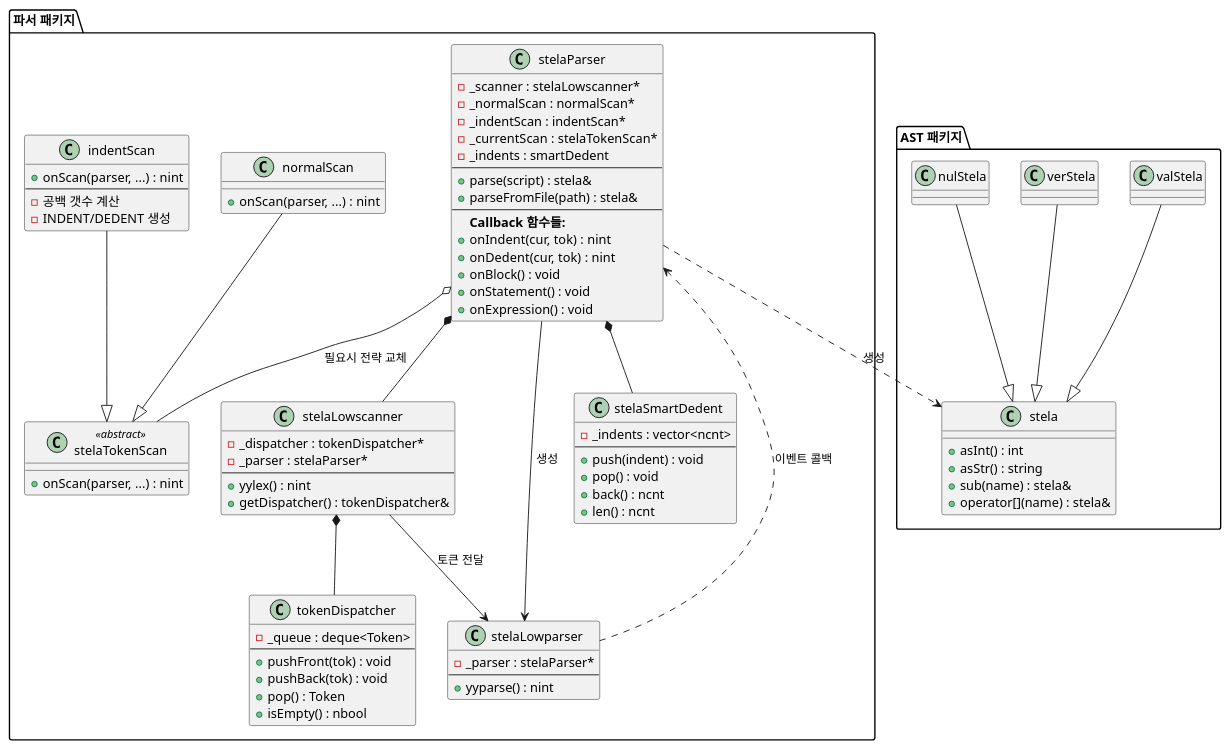
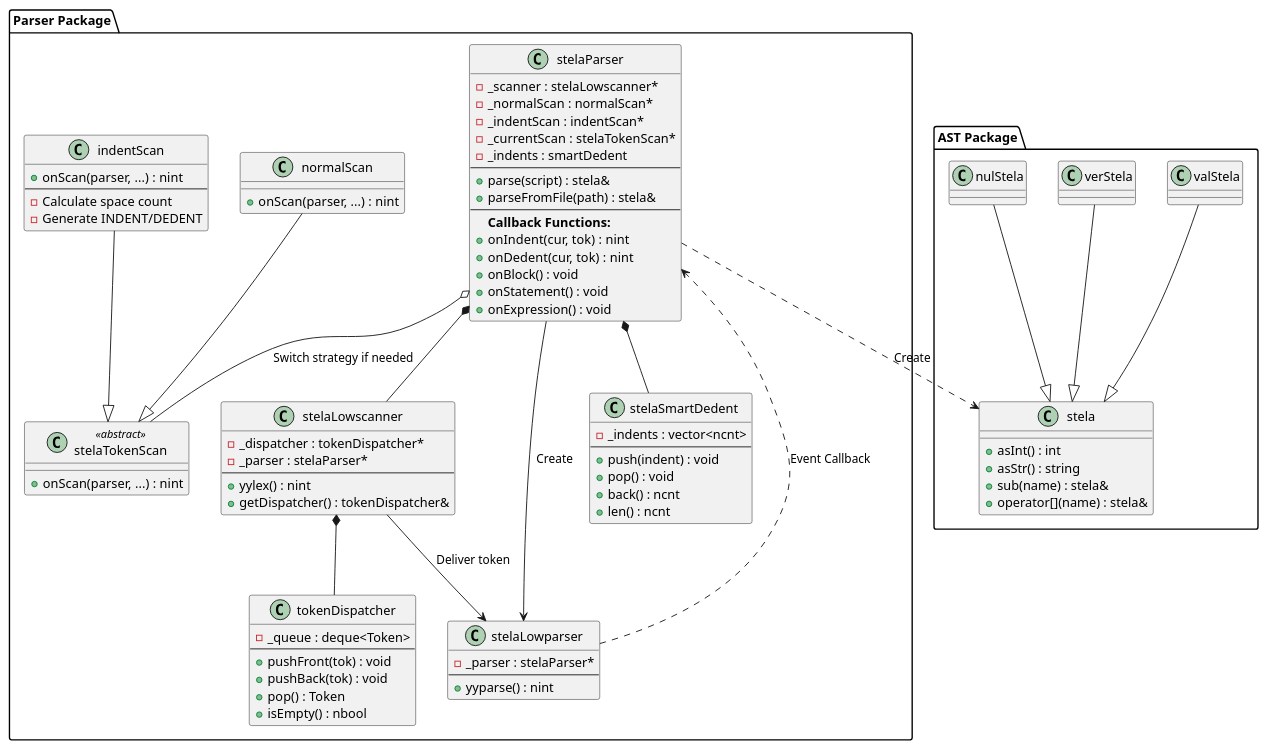
One commit to byeolang/byeol changed the first of 4 diagrams in doc/ref/ko/ah-architecture-stela.md. Above: the diagram before and after it, drawn with PlantUML. The commit also changed other lines of this file and 5 other files, not shown here.

First line of the commit message:
docs: translate Korean to English in PlantUML blocks

```diff
--- a/doc/ref/ko/ah-architecture-stela.md
+++ b/doc/ref/ko/ah-architecture-stela.md
@@ -11,5 +11,5 @@
 @startuml
-package "파서 패키지" {
+package "Parser Package" {
     class "stelaParser" as stelaParser {
         - _scanner : stelaLowscanner*
         - _normalScan : normalScan*
@@ -20,7 +20,7 @@
         + parse(script) : stela&
         + parseFromFile(path) : stela&
         ---
-        <b>Callback 함수들:</b>
+        <b>Callback Functions:</b>
         + onIndent(cur, tok) : nint
         + onDedent(cur, tok) : nint
         + onBlock() : void
@@ -62,8 +62,8 @@
     class "indentScan" as indentScan {
         + onScan(parser, ...) : nint
         ---
-        - 공백 갯수 계산
-        - INDENT/DEDENT 생성
+        - Calculate space count
+        - Generate INDENT/DEDENT
     }
 
     class "stelaSmartDedent" as smartDedent {
@@ -76,7 +76,7 @@
     }
 }
 
-package "AST 패키지" {
+package "AST Package" {
     class "stela" as stela {
         + asInt() : int
         + asStr() : string
@@ -91,17 +91,17 @@
 
 stelaParser *-- scanner
 stelaParser *-- smartDedent
-stelaParser --> parser : 생성
-stelaParser o-- tokenScan : 필요시 전략 교체
+stelaParser --> parser : Create
+stelaParser o-- tokenScan : Switch strategy if needed
 scanner *-- dispatcher
-scanner --> parser : 토큰 전달
+scanner --> parser : Deliver token
 
 normalScan --|> tokenScan
 indentScan --|> tokenScan
 
-parser ..> stelaParser : 이벤트 콜백
+parser ..> stelaParser : Event Callback
 
-stelaParser ..> stela : 생성
+stelaParser ..> stela : Create
 
 valStela --|> stela
 verStela --|> stela
```
